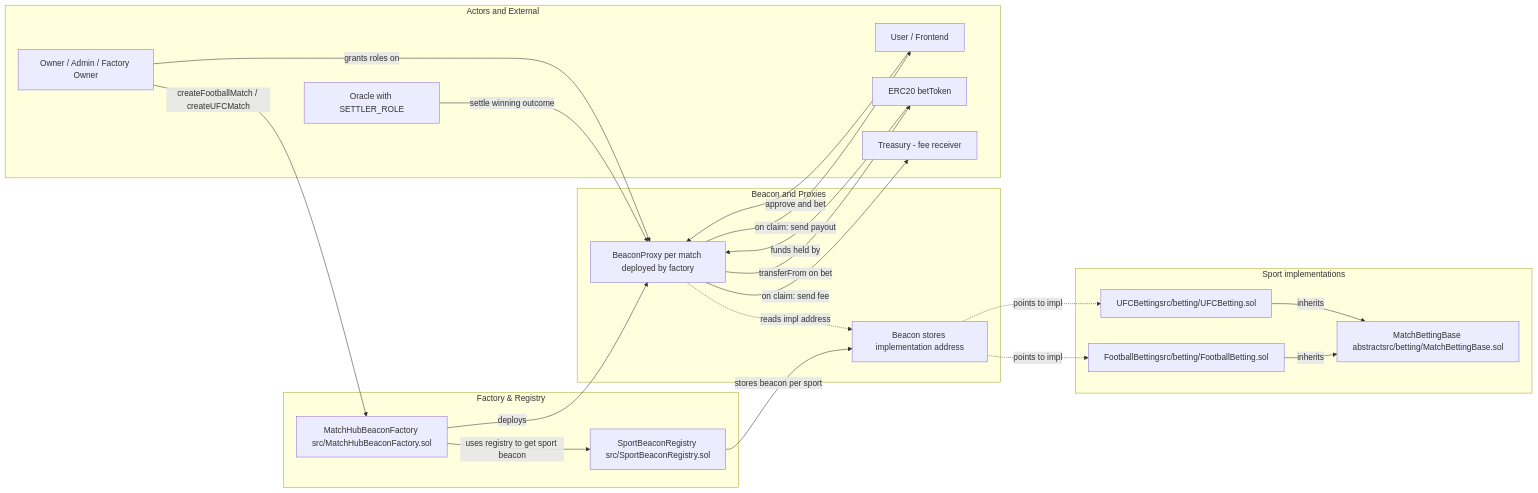
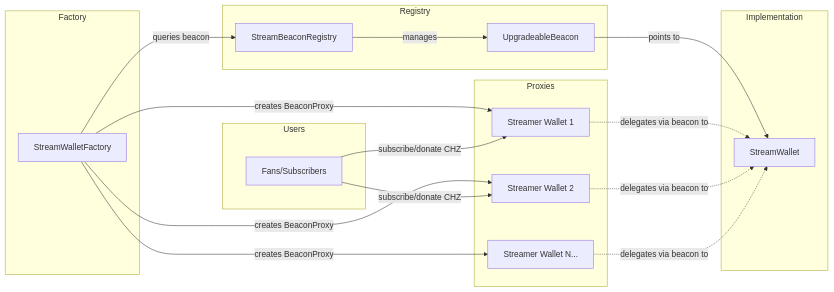
The second of 2 diagrams in chiliz-tv/README.md (ChilizTV/smart-contracts), drawn with Mermaid before and after one commit. The commit also changed other lines of this file and 25 other files, not shown here.

````diff
--- a/chiliz-tv/README.md
+++ b/chiliz-tv/README.md
@@ -15,55 +78,40 @@
 ```mermaid
 flowchart LR
-  %% Factory & Registry
-  subgraph FactoryAndRegistry [Factory & Registry]
-    MHBF[MatchHubBeaconFactory src/MatchHubBeaconFactory.sol]
-    SBR[SportBeaconRegistry src/SportBeaconRegistry.sol]
-  end
-
-  %% Beacon/Proxy layer
-  subgraph BeaconLayer [Beacon and Proxies]
-    BEACON[Beacon stores implementation address]
-    PROXY[BeaconProxy per match deployed by factory]
-  end
-
-  %% Implementations
-  subgraph Implementations [Sport implementations]
-    MB[MatchBettingBase abstractsrc/betting/MatchBettingBase.sol]
-    FB[FootballBettingsrc/betting/FootballBetting.sol]
-    UFC[UFCBettingsrc/betting/UFCBetting.sol]
-  end
-
-  %% Actors
-  subgraph Actors [Actors and External]
-    USER[User / Frontend]
-    TOKEN[ERC20 betToken]
-    ORACLE[Oracle with SETTLER_ROLE]
-    TREASURY[Treasury - fee receiver]
-    ADMIN[Owner / Admin / Factory Owner]
-  end
-
-  %% Relationships
-  MHBF -->|uses registry to get sport beacon| SBR
-  SBR -->|stores beacon per sport| BEACON
-
-  MHBF -->|deploys| PROXY
-  PROXY -. reads impl address .-> BEACON
-
-  BEACON -. points to impl .-> FB
-  BEACON -. points to impl .-> UFC
-
-  FB -->|inherits| MB
-  UFC -->|inherits| MB
-
-  %% User flows
-  USER -->|approve and bet| PROXY
-  PROXY -->|transferFrom on bet| TOKEN
-  TOKEN -->|funds held by| PROXY
-
-  ORACLE -->|settle winning outcome| PROXY
-  PROXY -->|on claim: send fee| TREASURY
-  PROXY -->|on claim: send payout| USER
-
-  ADMIN -->|createFootballMatch / createUFCMatch| MHBF
-  ADMIN -->|grants roles on| PROXY
+    subgraph Registry
+        SBR[StreamBeaconRegistry]
+        BEACON[UpgradeableBeacon]
+    end
+    
+    subgraph Factory
+        SWF[StreamWalletFactory]
+    end
+    
+    subgraph Implementation
+        SW[StreamWallet]
+    end
+    
+    subgraph Proxies
+        W1[Streamer Wallet 1]
+        W2[Streamer Wallet 2]
+        W3[Streamer Wallet N...]
+    end
+    
+    subgraph Users
+        FANS[Fans/Subscribers]
+    end
+    
+    SBR -->|manages| BEACON
+    BEACON -->|points to| SW
+    
+    SWF -->|queries beacon| SBR
+    SWF -->|creates BeaconProxy| W1
+    SWF -->|creates BeaconProxy| W2
+    SWF -->|creates BeaconProxy| W3
+    
+    W1 -.->|delegates via beacon to| SW
+    W2 -.->|delegates via beacon to| SW
+    W3 -.->|delegates via beacon to| SW
+    
+    FANS -->|subscribe/donate CHZ| W1
+    FANS -->|subscribe/donate CHZ| W2
 ```
````
